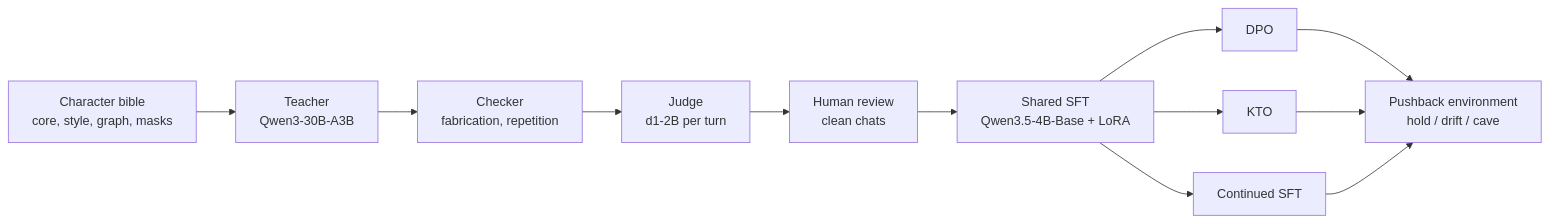
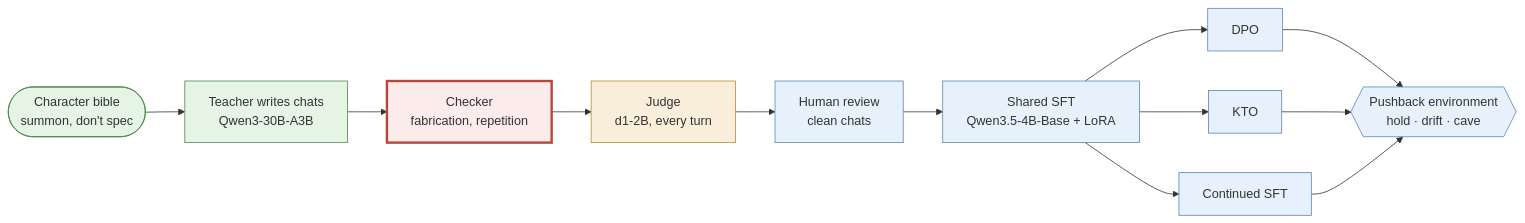
The first of 2 diagrams in README.md (Nalehs/Character-Training), drawn with Mermaid before and after one commit. The commit also changed other lines of this file and 1 other file, not shown here.

First line of the commit message:
README: worked pushback examples, character section, status table, per-step evidence

````diff
--- a/README.md
+++ b/README.md
@@ -9,14 +11,21 @@
 ```mermaid
 flowchart LR
-    B["Character bible<br/>core, style, graph, masks"] --> T["Teacher<br/>Qwen3-30B-A3B"]
+    B(["Character bible<br/>summon, don't spec"]) --> T["Teacher writes chats<br/>Qwen3-30B-A3B"]
     T --> C["Checker<br/>fabrication, repetition"]
-    C --> J["Judge<br/>d1-2B per turn"]
+    C --> J["Judge<br/>d1-2B, every turn"]
     J --> H["Human review<br/>clean chats"]
     H --> S["Shared SFT<br/>Qwen3.5-4B-Base + LoRA"]
     S --> D["DPO"]
     S --> K["KTO"]
     S --> CS["Continued SFT"]
-    D --> E["Pushback environment<br/>hold / drift / cave"]
-    K --> E
-    CS --> E
+    D & K & CS --> E{{"Pushback environment<br/>hold · drift · cave"}}
+
+    classDef ran fill:#e5f4e4,stroke:#4f8a4b
+    classDef pilot fill:#f9eeda,stroke:#b98b31
+    classDef blocked fill:#fbebeb,stroke:#b5473a,stroke-width:3px
+    classDef ported fill:#e7f1fb,stroke:#5b84b1
+    class B,T ran
+    class J pilot
+    class C blocked
+    class H,S,D,K,CS,E ported
 ```
````
